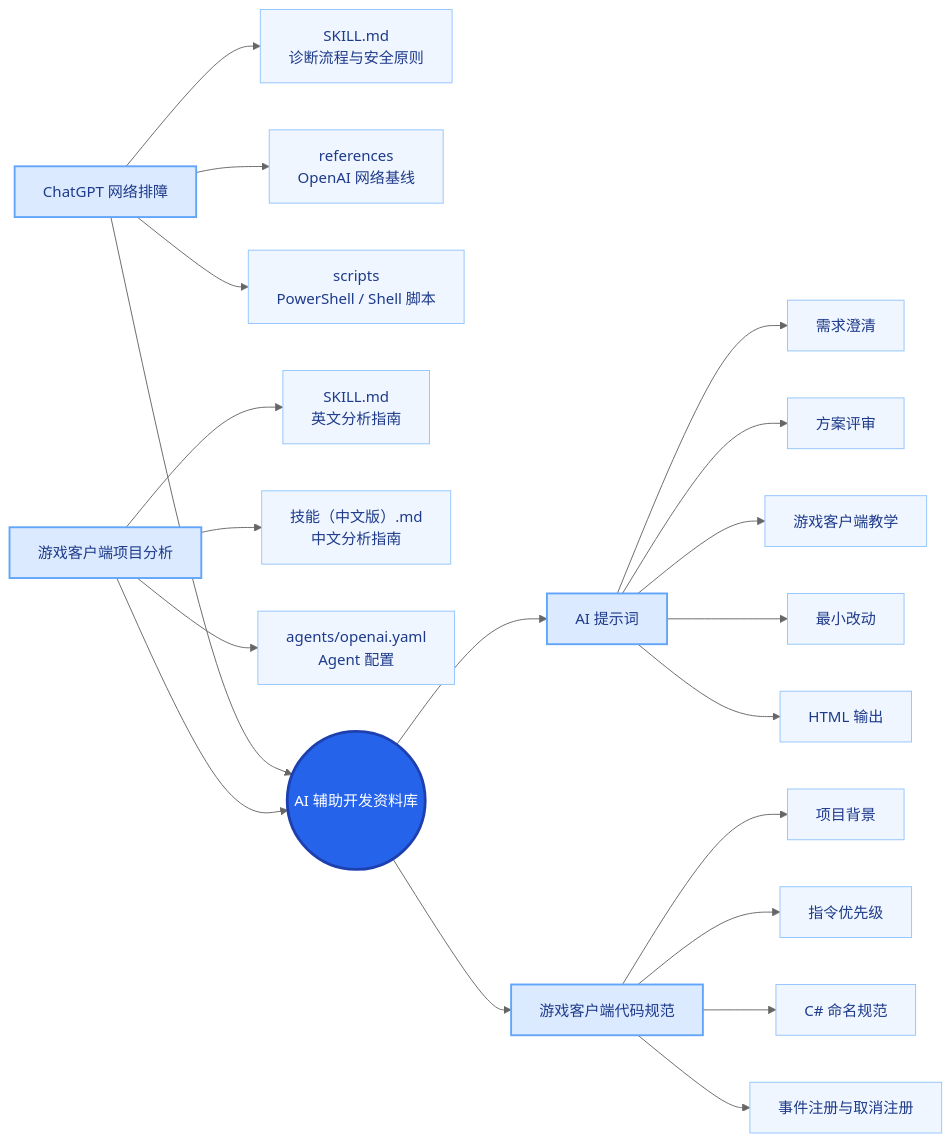
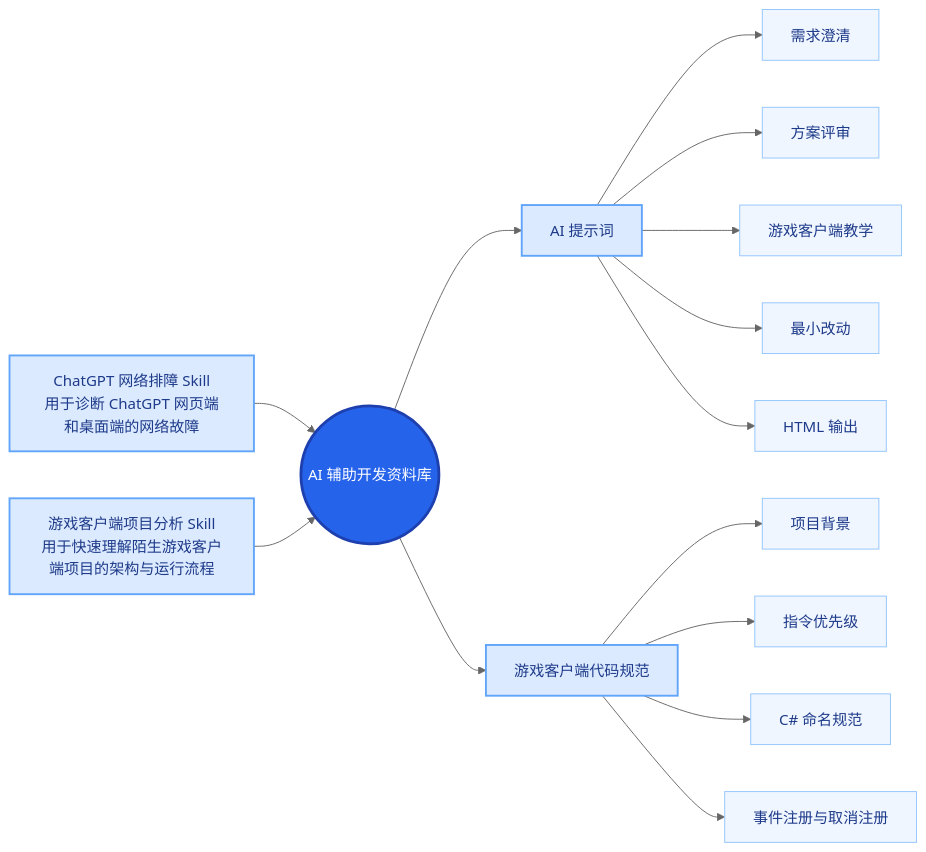
One commit to Amolao/MySkill changed the diagram in README.md. Above: the diagram before and after it, drawn with Mermaid (neutral theme).

Commit message:
更新

````diff
--- a/README.md
+++ b/README.md
@@ -1,36 +1,31 @@
 ```mermaid
 flowchart LR
     %% 左侧分支
-    A[ChatGPT 网络排障] --> A1[SKILL.md<br/>诊断流程与安全原则]
-    A --> A2[references<br/>OpenAI 网络基线]
-    A --> A3[scripts<br/>PowerShell / Shell 脚本]
-
-    B[游戏客户端项目分析] --> B1[SKILL.md<br/>英文分析指南]
-    B --> B2[技能（中文版）.md<br/>中文分析指南]
-    B --> B3[agents/openai.yaml<br/>Agent 配置]
+    A[ChatGPT 网络排障 Skill<br/>用于诊断 ChatGPT 网页端和桌面端的网络故障]
+    B[游戏客户端项目分析 Skill<br/>用于快速理解陌生游戏客户端项目的架构与运行流程]
 
     A --> R((AI 辅助开发资料库))
     B --> R
 
     %% 右侧分支
     R --> C[AI 提示词]
     C --> C1[需求澄清]
     C --> C2[方案评审]
     C --> C3[游戏客户端教学]
     C --> C4[最小改动]
     C --> C5[HTML 输出]
 
     R --> D[游戏客户端代码规范]
     D --> D1[项目背景]
     D --> D2[指令优先级]
     D --> D3[C# 命名规范]
     D --> D4[事件注册与取消注册]
 
     classDef root fill:#2563eb,color:#fff,stroke:#1e40af,stroke-width:3px;
     classDef branch fill:#dbeafe,color:#1e3a8a,stroke:#60a5fa,stroke-width:2px;
     classDef item fill:#eff6ff,color:#1e3a8a,stroke:#93c5fd;
 
     class R root;
     class A,B,C,D branch;
-    class A1,A2,A3,B1,B2,B3,C1,C2,C3,C4,C5,D1,D2,D3,D4 item;
+    class C1,C2,C3,C4,C5,D1,D2,D3,D4 item;
 ```
````
